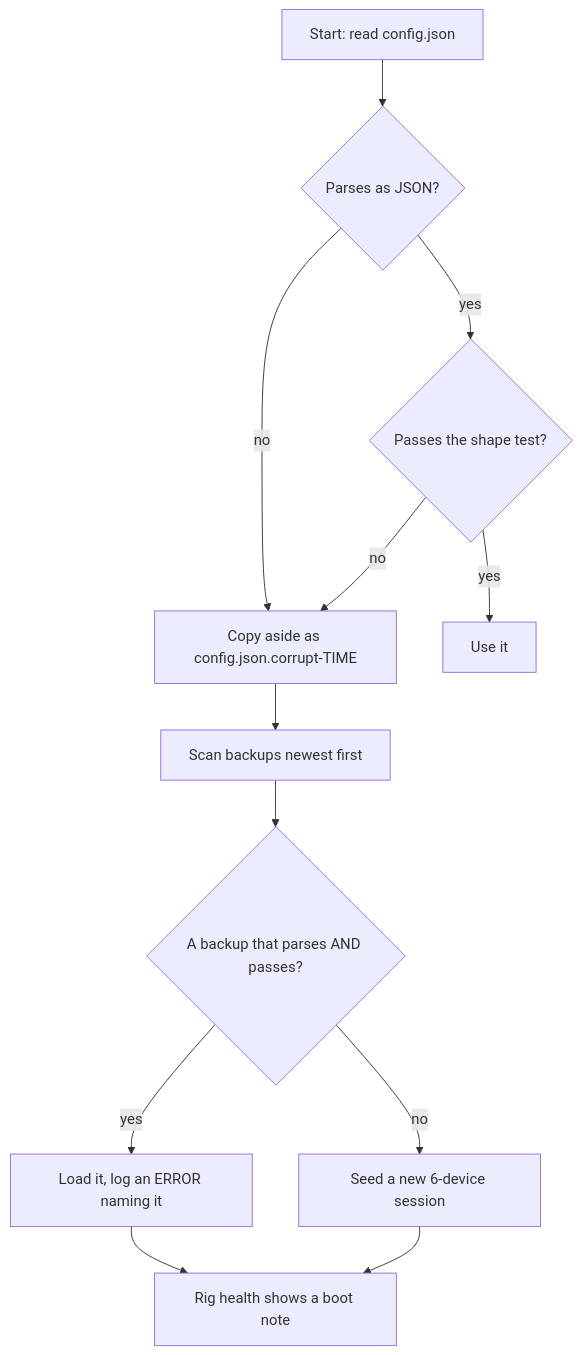
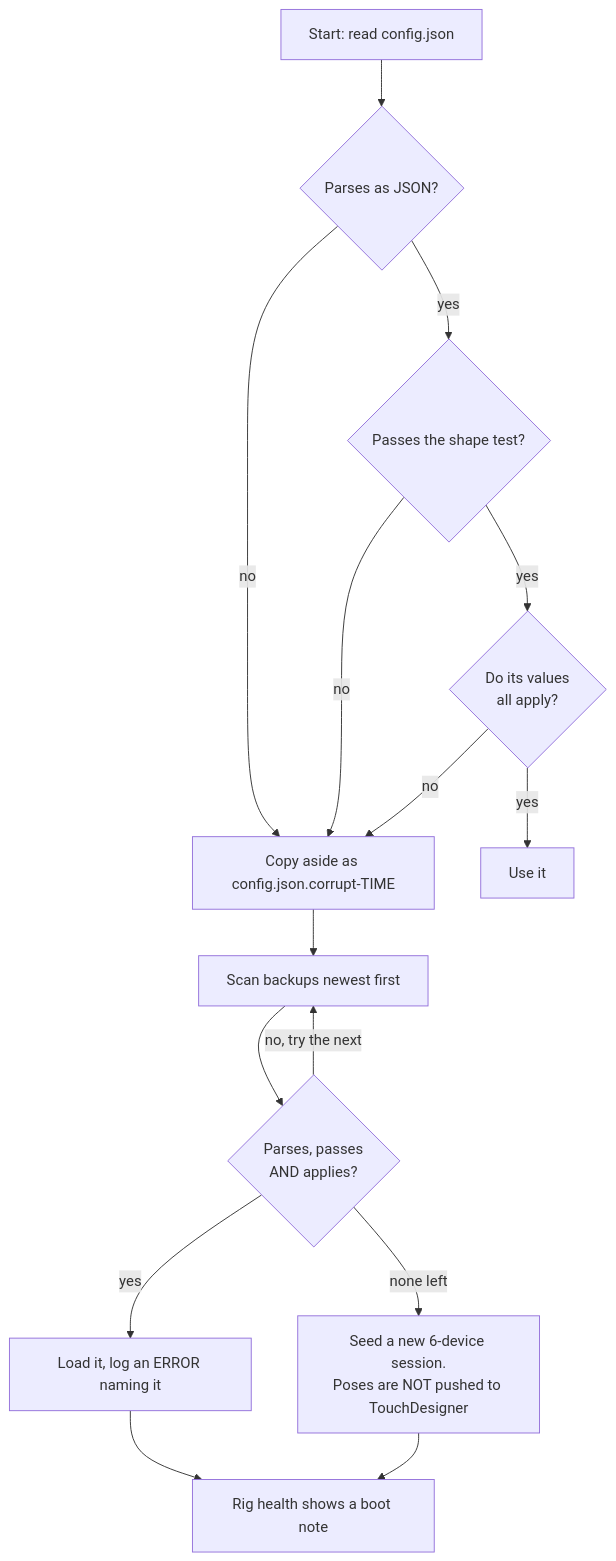
The second of 2 diagrams in console/resilience.md (AristidesAI/TDStage-Docs), drawn with Mermaid before and after one commit. The commit also changed other lines of this file and 6 other files, not shown here.

````diff
--- a/console/resilience.md
+++ b/console/resilience.md
@@ -300,14 +300,17 @@
 ```mermaid
 flowchart TD
   A["Start: read config.json"] --> B{"Parses as JSON?"}
   B -- "no" --> K["Copy aside as config.json.corrupt-TIME"]
   B -- "yes" --> C{"Passes the shape test?"}
   C -- "no" --> K
-  C -- "yes" --> D["Use it"]
+  C -- "yes" --> V{"Do its values<br/>all apply?"}
+  V -- "yes" --> D["Use it"]
+  V -- "no" --> K
   K --> E["Scan backups newest first"]
-  E --> F{"A backup that parses AND passes?"}
+  E --> F{"Parses, passes<br/>AND applies?"}
   F -- "yes" --> G["Load it, log an ERROR naming it"]
-  F -- "no" --> H["Seed a new 6-device session"]
+  F -- "no, try the next" --> E
+  F -- "none left" --> H["Seed a new 6-device session.<br/>Poses are NOT pushed to TouchDesigner"]
   G --> I["Rig health shows a boot note"]
   H --> I
 ```
````
